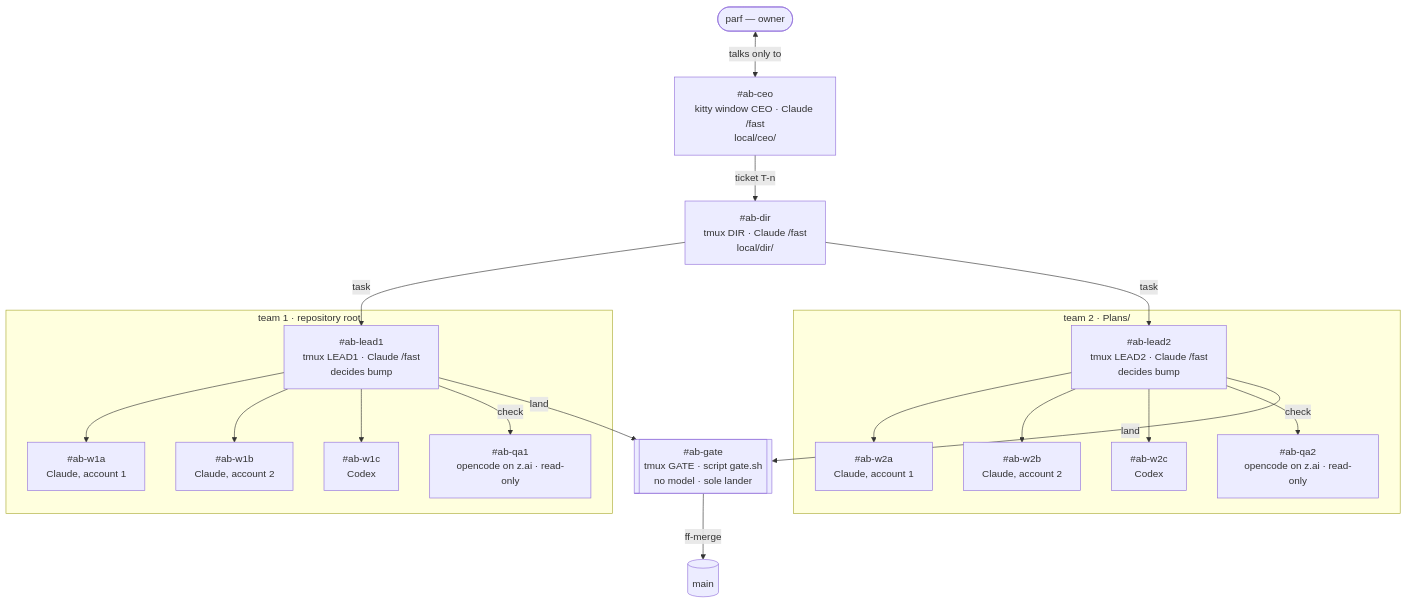
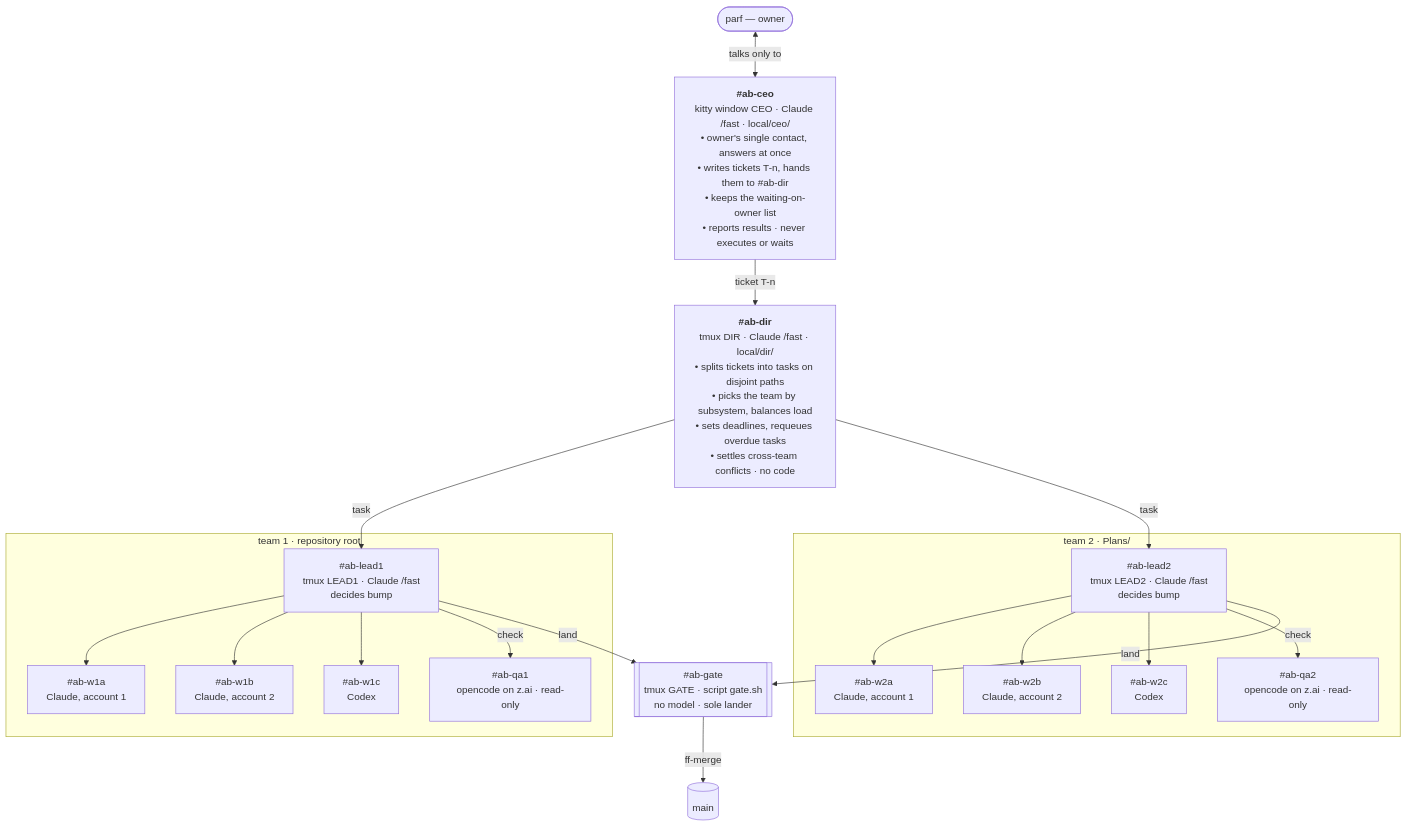
Before and after one commit to parf/ai-agent-bus: the first of 2 diagrams in Plans/Team.v2/README.md, drawn with Mermaid.

Commit message:
Team v2 diagram lists what #ab-ceo and #ab-dir are responsible for

````diff
--- a/Plans/Team.v2/README.md
+++ b/Plans/Team.v2/README.md
@@ -27,31 +27,31 @@
 ```mermaid
 flowchart TD
   parf(["parf — owner"]) <-->|talks only to| ceo
-  ceo["#ab-ceo<br/>kitty window CEO · Claude /fast<br/>local/ceo/"]
-  dir["#ab-dir<br/>tmux DIR · Claude /fast<br/>local/dir/"]
+  ceo["<b>#ab-ceo</b><br/>kitty window CEO · Claude /fast · local/ceo/<br/>• owner's single contact, answers at once<br/>• writes tickets T-n, hands them to #ab-dir<br/>• keeps the waiting-on-owner list<br/>• reports results · never executes or waits"]
+  dir["<b>#ab-dir</b><br/>tmux DIR · Claude /fast · local/dir/<br/>• splits tickets into tasks on disjoint paths<br/>• picks the team by subsystem, balances load<br/>• sets deadlines, requeues overdue tasks<br/>• settles cross-team conflicts · no code"]
   subgraph team1 ["team 1 · repository root"]
     lead1["#ab-lead1<br/>tmux LEAD1 · Claude /fast<br/>decides bump"]
     w1a["#ab-w1a<br/>Claude, account 1"]
     w1b["#ab-w1b<br/>Claude, account 2"]
     w1c["#ab-w1c<br/>Codex"]
     qa1["#ab-qa1<br/>opencode on z.ai · read-only"]
   end
   subgraph team2 ["team 2 · Plans/"]
     lead2["#ab-lead2<br/>tmux LEAD2 · Claude /fast<br/>decides bump"]
     w2a["#ab-w2a<br/>Claude, account 1"]
     w2b["#ab-w2b<br/>Claude, account 2"]
     w2c["#ab-w2c<br/>Codex"]
     qa2["#ab-qa2<br/>opencode on z.ai · read-only"]
   end
   gate[["#ab-gate<br/>tmux GATE · script gate.sh<br/>no model · sole lander"]]
   main[("main")]
 
   ceo -->|ticket T-n| dir
   dir -->|task| lead1 & lead2
   lead1 --> w1a & w1b & w1c
   lead1 -->|check| qa1
   lead2 --> w2a & w2b & w2c
   lead2 -->|check| qa2
   lead1 & lead2 -->|land| gate
   gate -->|ff-merge| main
 ```
````
